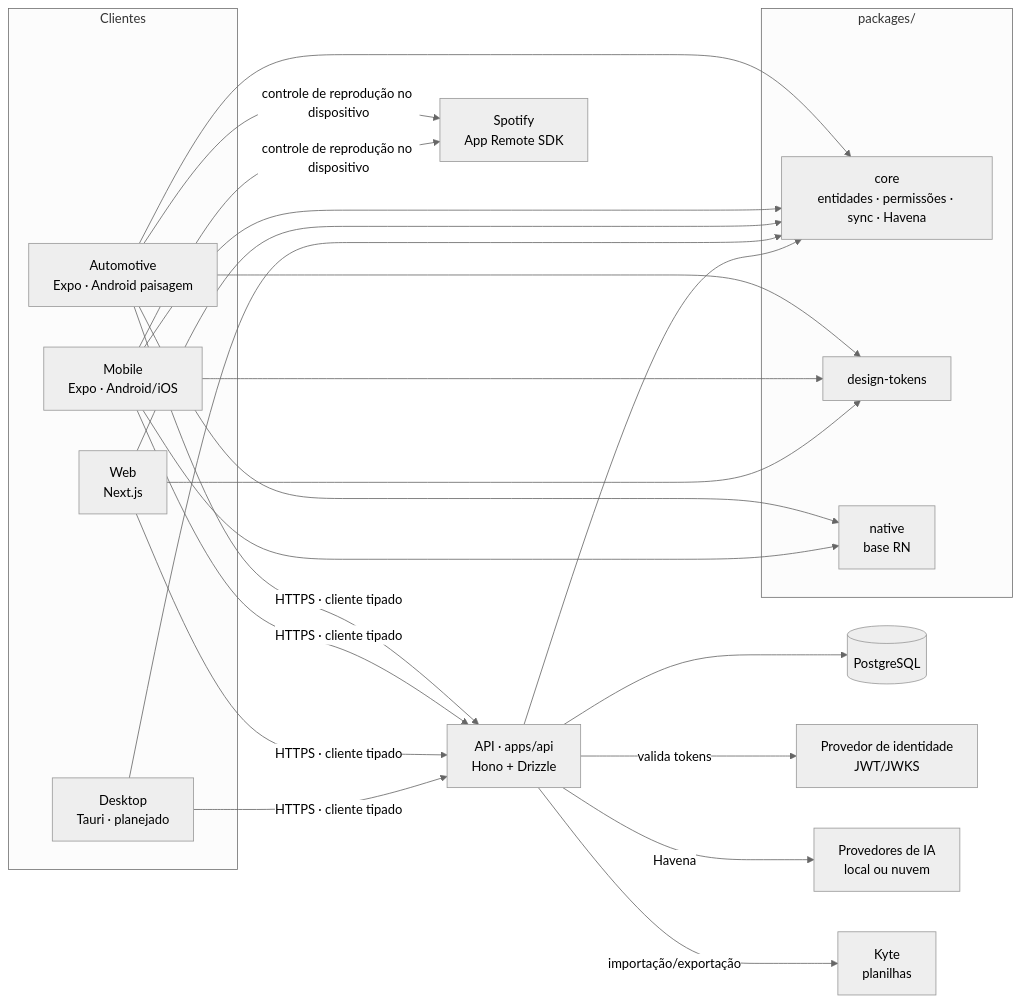
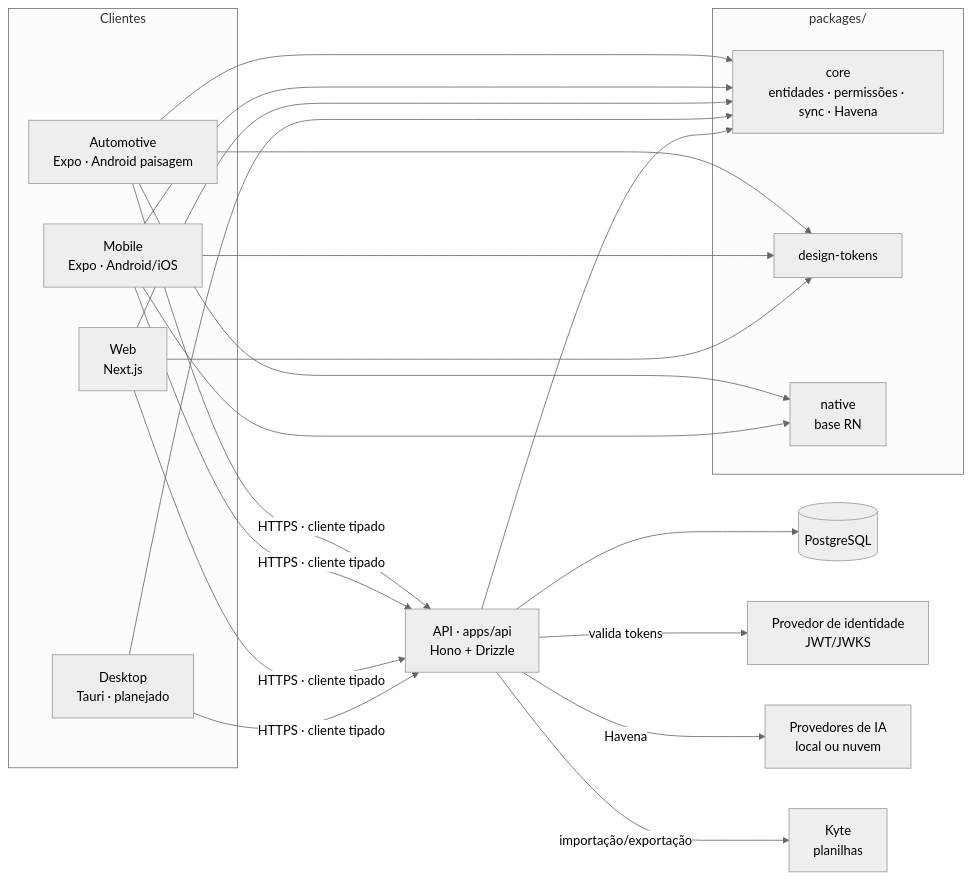
Before and after one commit to raulbarbosamachado2009-beep/GoClient: the first of 3 diagrams in docs/architecture.md, drawn with Mermaid (neutral theme). The commit also changed other lines of this file and 81 other files, not shown here.

First line of the commit message:
Remove o Spotify de todo o app (Música, player, Lucas, Ajustes, módulo nativo e docs)

````diff
--- a/docs/architecture.md
+++ b/docs/architecture.md
@@ -8,33 +8,31 @@
 ```mermaid
 flowchart LR
   subgraph Clientes
     A[Automotive<br/>Expo · Android paisagem]
     M[Mobile<br/>Expo · Android/iOS]
     W[Web<br/>Next.js]
     D[Desktop<br/>Tauri · planejado]
   end
 
   subgraph Compartilhado [packages/]
     CORE[core<br/>entidades · permissões · sync · Havena]
     TOK[design-tokens]
     NAT[native<br/>base RN]
   end
 
   API[API · apps/api<br/>Hono + Drizzle]
   DB[(PostgreSQL)]
   IDP[Provedor de identidade<br/>JWT/JWKS]
   AI[Provedores de IA<br/>local ou nuvem]
   KYTE[Kyte<br/>planilhas]
-  SPOT[Spotify<br/>App Remote SDK]
 
   A & M --> NAT
   A & M & W & D --> CORE
   A & M & W --> TOK
   A & M & W & D -->|HTTPS · cliente tipado| API
   API --> CORE
   API --> DB
   API -->|valida tokens| IDP
   API -->|Havena| AI
   API -->|importação/exportação| KYTE
-  A & M -->|controle de reprodução no dispositivo| SPOT
 ```
````
